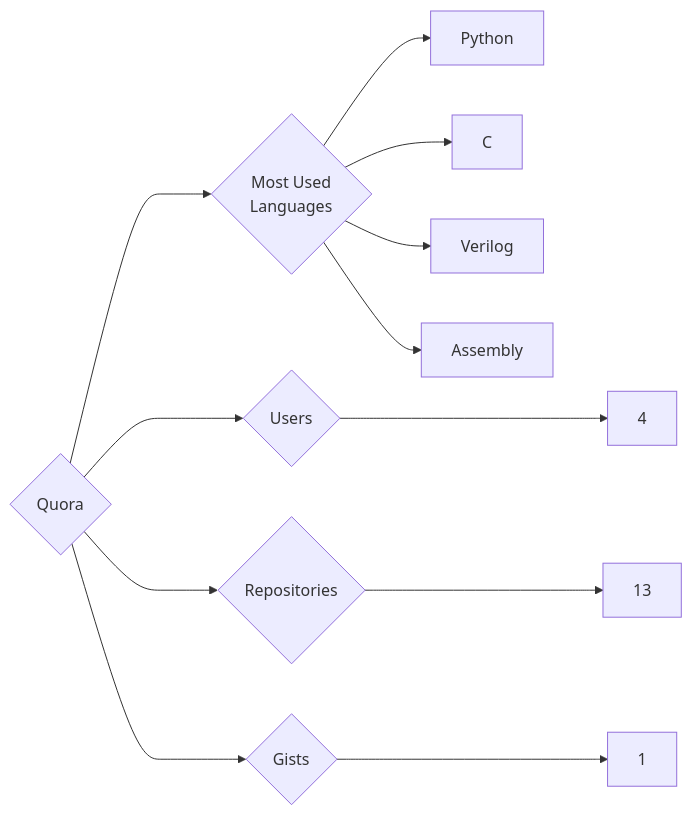
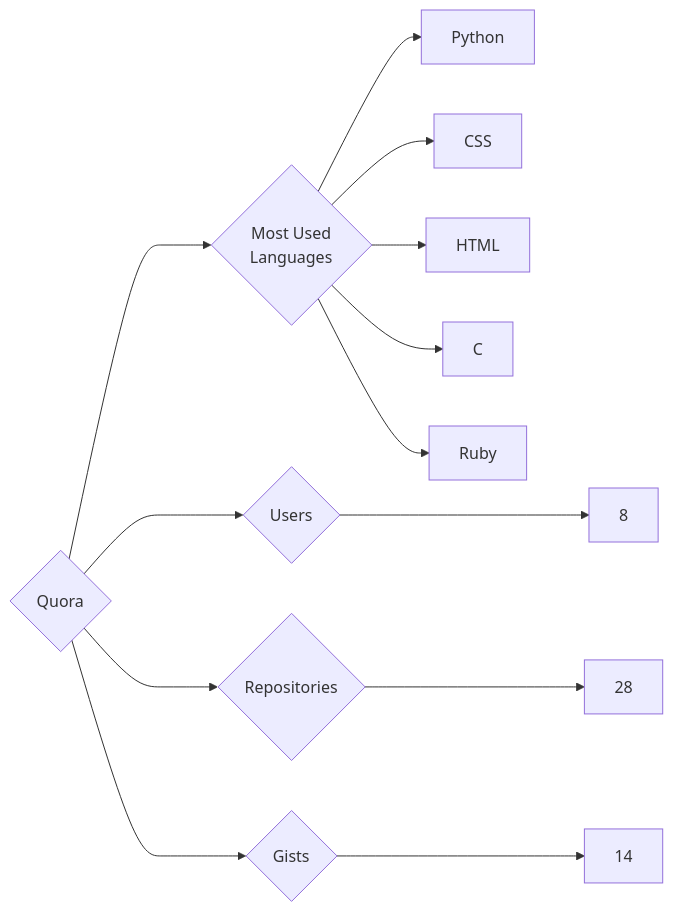
Before and after one commit to trickest/insiders: the diagram in targets/Quora/README.md, drawn with Mermaid. The commit also changed 912 other files, not shown here.

````diff
--- a/targets/Quora/README.md
+++ b/targets/Quora/README.md
@@ -3,12 +3,13 @@
 ```mermaid
 graph LR
 COMPANY_NAME{Quora}
-COMPANY_NAME ---> U{Users} ---> UN[4]
-COMPANY_NAME ---> R{Repositories} ---> RN[13]
-COMPANY_NAME ---> G{Gists} ---> GN[1]
+COMPANY_NAME ---> U{Users} ---> UN[8]
+COMPANY_NAME ---> R{Repositories} ---> RN[28]
+COMPANY_NAME ---> G{Gists} ---> GN[14]
 COMPANY_NAME ---> ML{Most Used<br>Languages}
 ML --> Python[Python]
+ML --> CSS[CSS]
+ML --> HTML[HTML]
 ML --> C[C]
-ML --> Verilog[Verilog]
-ML --> Assembly[Assembly]
+ML --> Ruby[Ruby]
 ```
````
